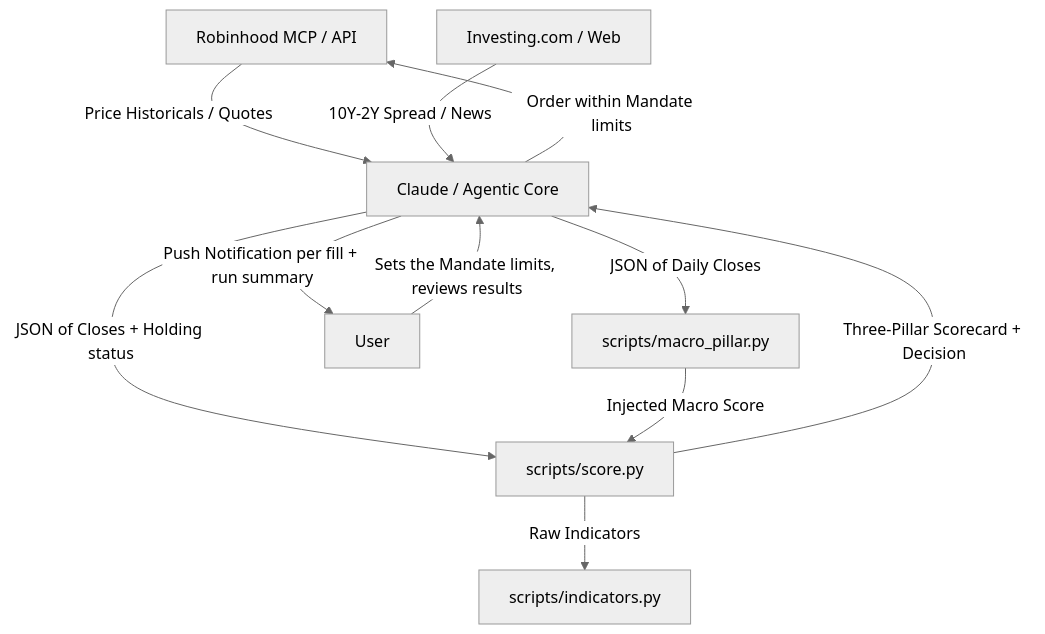
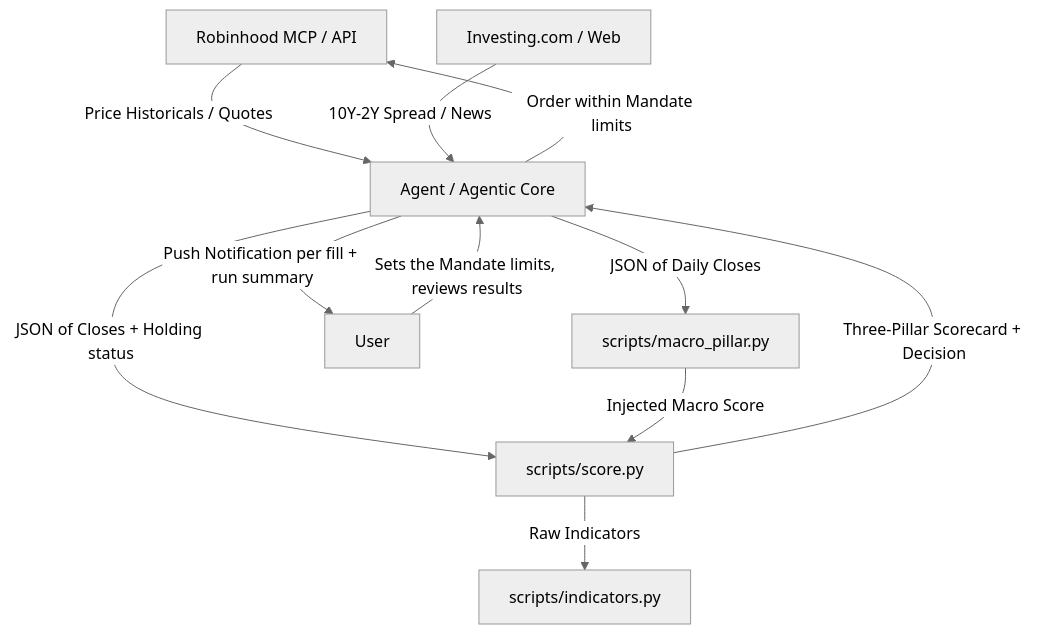
Before and after one commit to Oft3r/agentic-trading-desk: the diagram in README.md, drawn with Mermaid (neutral theme). The commit also changed other lines of this file and 6 other files, not shown here.

````diff
--- a/README.md
+++ b/README.md
@@ -13,13 +13,13 @@
 ```mermaid
 graph TD
-    A[Robinhood MCP / API] -- Price Historicals / Quotes --> B[Claude / Agentic Core]
+    A[Robinhood MCP / API] -- Price Historicals / Quotes --> B[Agent / Agentic Core]
     C[Investing.com / Web] -- 10Y-2Y Spread / News --> B
     B -- JSON of Daily Closes --> D[scripts/macro_pillar.py]
     B -- JSON of Closes + Holding status --> E[scripts/score.py]
     D -- Injected Macro Score --> E
     E -- Raw Indicators --> F[scripts/indicators.py]
     E -- Three-Pillar Scorecard + Decision --> B
     B -- Order within Mandate limits --> A
     B -- Push Notification per fill + run summary --> G[User]
     G -- Sets the Mandate limits, reviews results --> B
 ```
````
